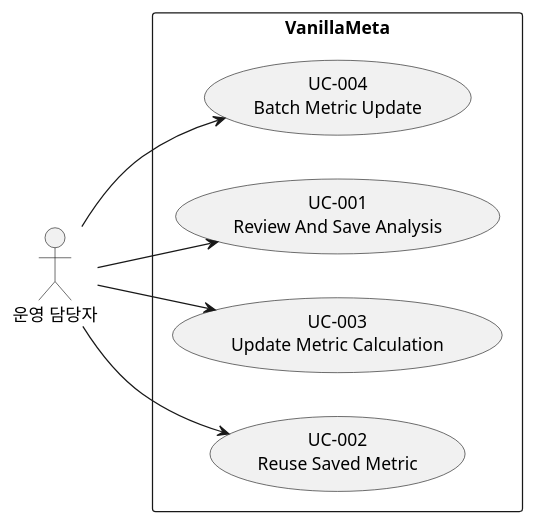
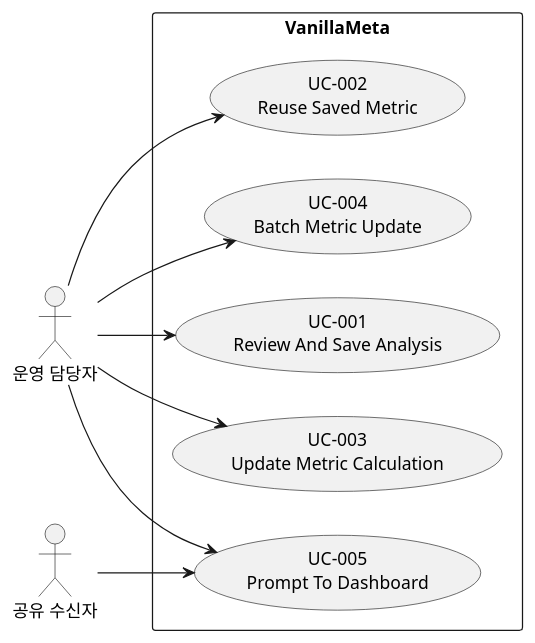
The diagram in docs/use_cases.puml (vanillabrain/vanillameta), drawn with PlantUML before and after one commit. The commit also changed 13 other files, not shown here.

Commit message:
docs: anchor product direction to prompt dashboard lifecycle

```diff
--- a/docs/use_cases.puml
+++ b/docs/use_cases.puml
@@ -1,14 +1,18 @@
 @startuml
 left to right direction
 actor "운영 담당자" as operator
 rectangle "VanillaMeta" {
+ usecase "UC-005\nPrompt To Dashboard" as UC005
  usecase "UC-004\nBatch Metric Update" as UC004
  usecase "UC-001\nReview And Save Analysis" as UC001
  usecase "UC-003\nUpdate Metric Calculation" as UC003
  usecase "UC-002\nReuse Saved Metric" as UC002
 }
+operator --> UC005
+actor "공유 수신자" as recipient
+recipient --> UC005
 operator --> UC004
 operator --> UC003
 operator --> UC002
 operator --> UC001
 @enduml
```
